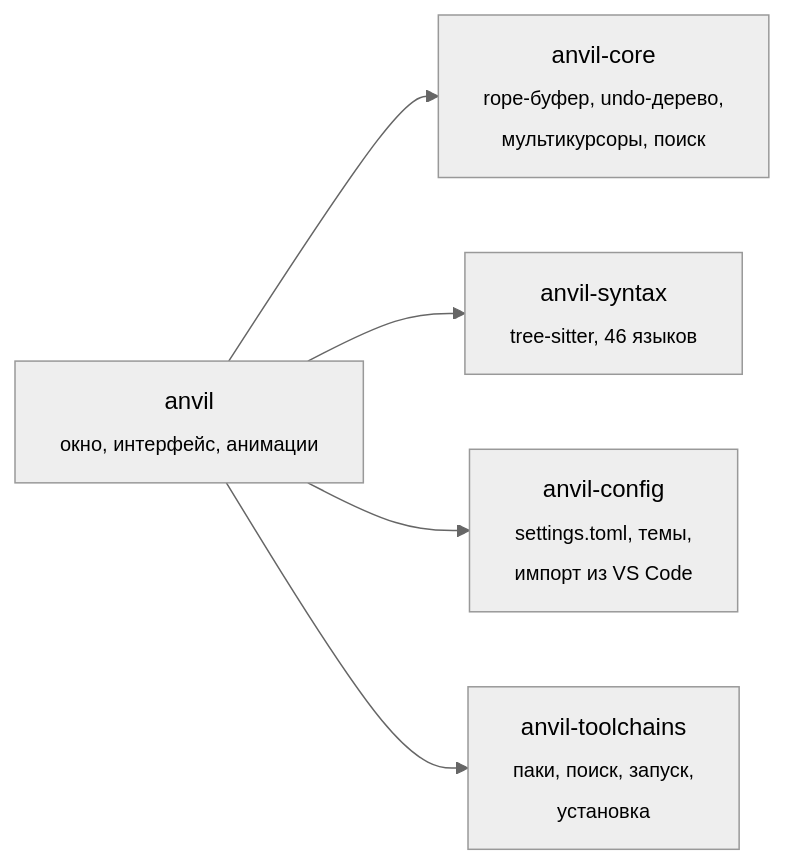
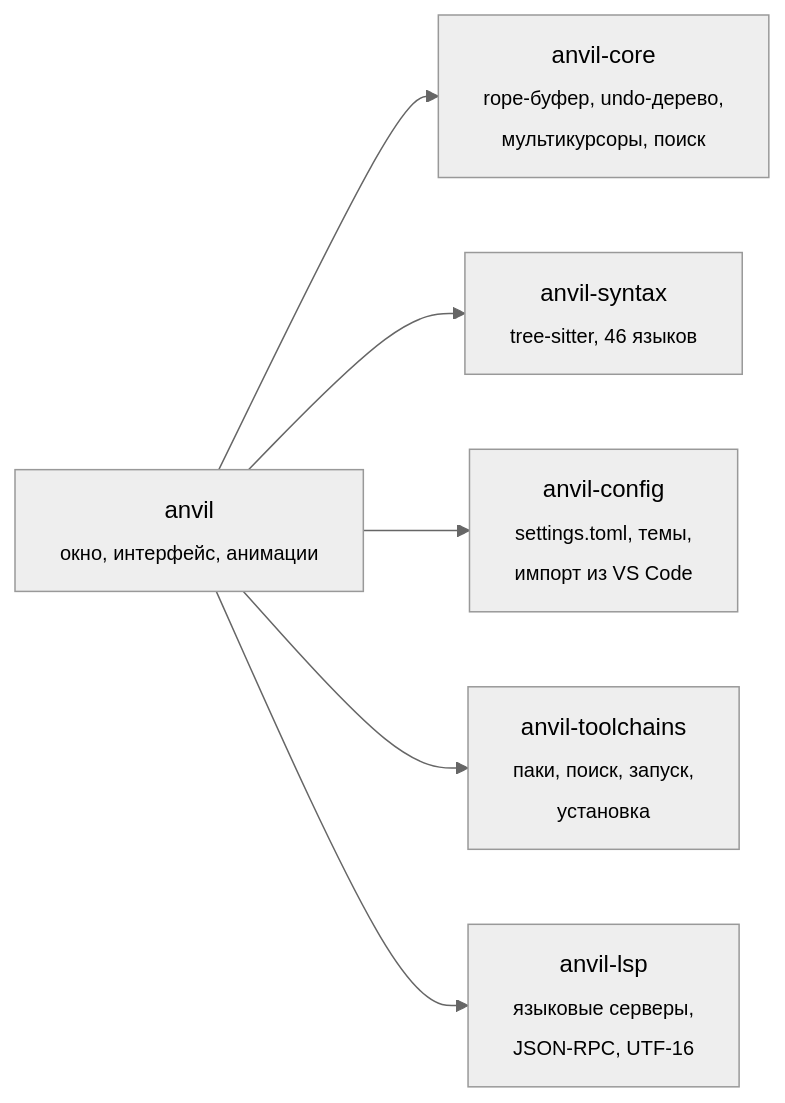
One commit to mylifeitsbest/anvil changed the diagram in README.md. Above: the diagram before and after it, drawn with Mermaid (neutral theme). The commit also changed other lines of this file and 30 other files, not shown here.

First line of the commit message:
Anvil 0.2: языковые серверы (LSP)

````diff
--- a/README.md
+++ b/README.md
@@ -198,7 +254,8 @@
 ```mermaid
 flowchart LR
     app["anvil<br/><sub>окно, интерфейс, анимации</sub>"] --> core["anvil-core<br/><sub>rope-буфер, undo-дерево,<br/>мультикурсоры, поиск</sub>"]
     app --> syntax["anvil-syntax<br/><sub>tree-sitter, 46 языков</sub>"]
     app --> config["anvil-config<br/><sub>settings.toml, темы,<br/>импорт из VS Code</sub>"]
     app --> tools["anvil-toolchains<br/><sub>паки, поиск, запуск,<br/>установка</sub>"]
+    app --> lsp["anvil-lsp<br/><sub>языковые серверы,<br/>JSON-RPC, UTF-16</sub>"]
 ```
````
